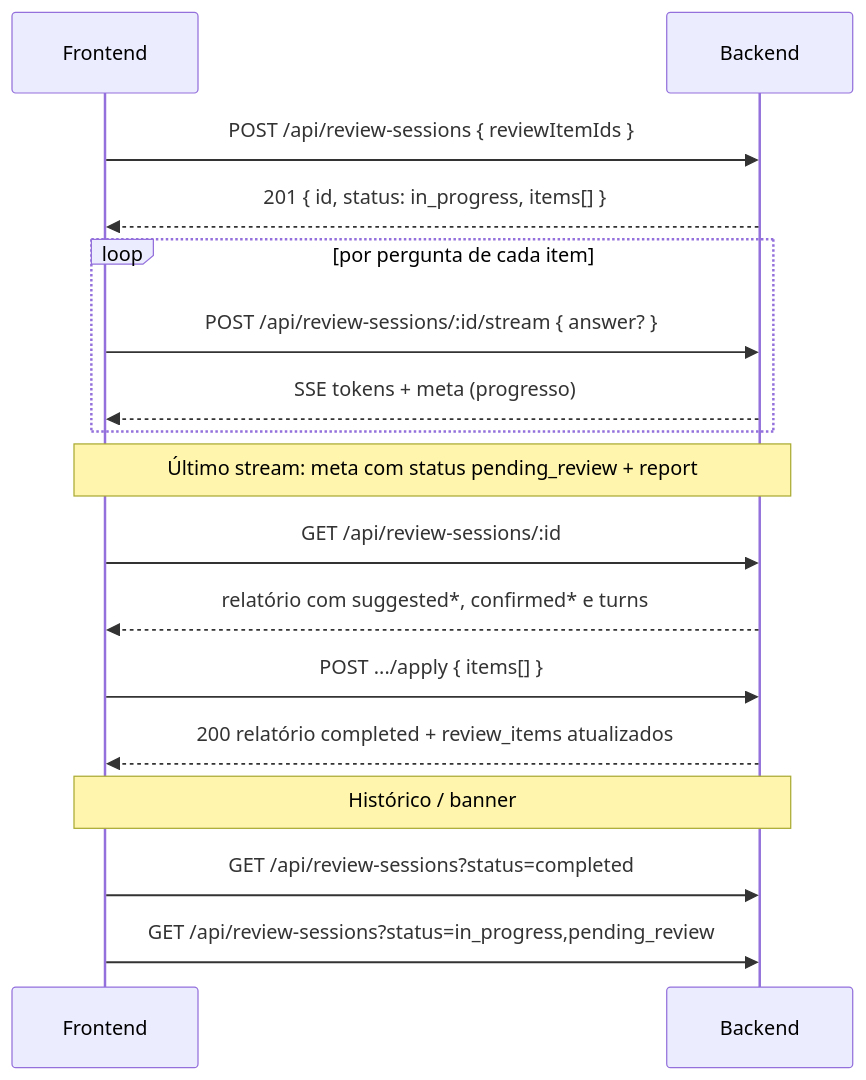
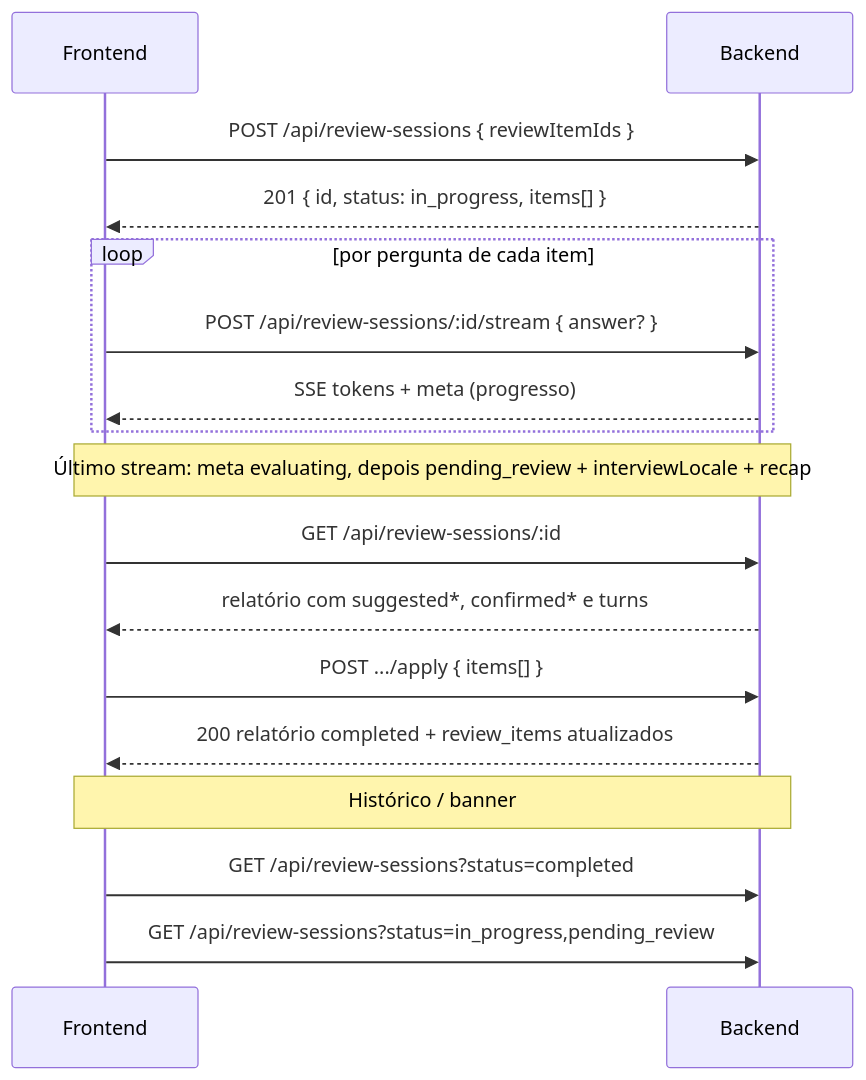
The third of 3 diagrams in backend/docs/frontend-mock-interview-api.md (BorderlessCodingHub/HB01-2026-ai-mock-interview), drawn with Mermaid before and after one commit. The commit also changed other lines of this file, not shown here.

Commit message:
docs(api): document recap contract and set-null deletes

````diff
--- a/backend/docs/frontend-mock-interview-api.md
+++ b/backend/docs/frontend-mock-interview-api.md
@@ -662,24 +669,24 @@
 ```mermaid
 sequenceDiagram
   participant UI as Frontend
   participant API as Backend
 
   UI->>API: POST /api/review-sessions { reviewItemIds }
   API-->>UI: 201 { id, status: in_progress, items[] }
 
   loop por pergunta de cada item
     UI->>API: POST /api/review-sessions/:id/stream { answer? }
     API-->>UI: SSE tokens + meta (progresso)
   end
 
-  Note over UI,API: Último stream: meta com status pending_review + report
+  Note over UI,API: Último stream: meta evaluating, depois pending_review + interviewLocale + recap
   UI->>API: GET /api/review-sessions/:id
   API-->>UI: relatório com suggested*, confirmed* e turns
 
   UI->>API: POST .../apply { items[] }
   API-->>UI: 200 relatório completed + review_items atualizados
 
   Note over UI,API: Histórico / banner
   UI->>API: GET /api/review-sessions?status=completed
   UI->>API: GET /api/review-sessions?status=in_progress,pending_review
 ```
````
